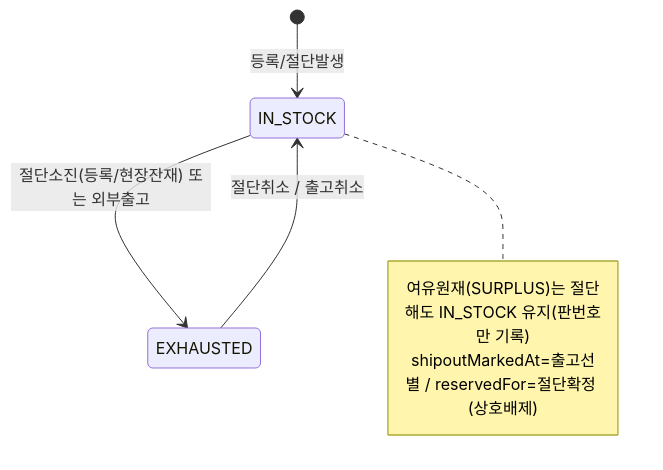
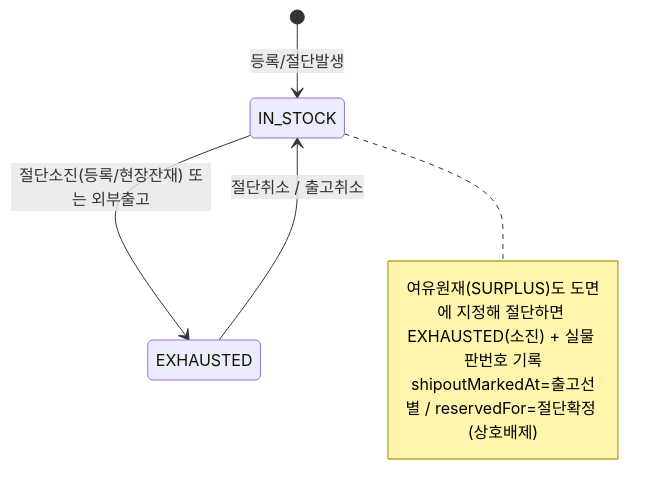
Before and after one commit to banlan21-maker/erp: the sixth of 10 diagrams in docs/절단파트_공정흐름.md, drawn with Mermaid. The commit also changed other lines of this file and 1 other file, not shown here.

Commit message:
docs(절단): B1 정정 — 여유원재 절단은 EXHAUSTED 소진(문서 오독 수정)
최초 공정흐름 문서가 "여유원재는 절단해도 IN_STOCK 유지"로 적혀 있었으나
실제 코드는 도면 지정 잔재(등록/여유/현장 무관)를 절단완료 시 EXHAUSTED 처리.
여유원재는 추가로 실물 판번호를 판번호목록에 CUT으로 기록. 문서·코드주석 정정.
(동작 변경 없음 — 사실 정정만)

````diff
--- a/docs/절단파트_공정흐름.md
+++ b/docs/절단파트_공정흐름.md
@@ -145,10 +145,10 @@
 ```mermaid
 stateDiagram-v2
     [*] --> IN_STOCK: 등록/절단발생
     IN_STOCK --> EXHAUSTED: 절단소진(등록/현장잔재) 또는 외부출고
     EXHAUSTED --> IN_STOCK: 절단취소 / 출고취소
     note right of IN_STOCK
-      여유원재(SURPLUS)는 절단해도 IN_STOCK 유지(판번호만 기록)
+      여유원재(SURPLUS)도 도면에 지정해 절단하면 EXHAUSTED(소진) + 실물 판번호 기록
       shipoutMarkedAt=출고선별 / reservedFor=절단확정 (상호배제)
     end note
 ```
````
